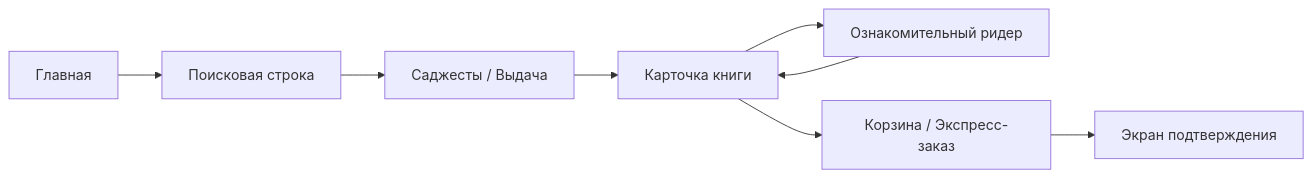
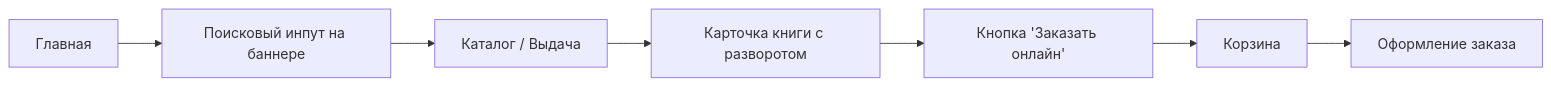
One commit to fpmi-hci-2026/Litera changed the second of 5 diagrams in docs/lab2.md. Above: the diagram before and after it, drawn with Mermaid. The commit also changed other lines of this file, not shown here.

````diff
--- a/docs/lab2.md
+++ b/docs/lab2.md
@@ -163,10 +161,9 @@
 ```mermaid
 graph LR
-    Main[Главная] --> Search[Поисковая строка]
-    Search --> Autocomplete[Саджесты / Выдача]
-    Autocomplete --> BookPage[Карточка книги]
-    BookPage --> Reader[Ознакомительный ридер]
-    Reader --> BookPage
-    BookPage --> QuickBuy[Корзина / Экспресс-заказ]
-    QuickBuy --> OrderStatus[Экран подтверждения]
+    Main[Главная] --> Search[Поисковый инпут на баннере]
+    Search --> Catalog[Каталог / Выдача]
+    Catalog --> BookPage[Карточка книги с разворотом]
+    BookPage --> QuickBuy[Кнопка 'Заказать онлайн']
+    QuickBuy --> CartView[Корзина]
+    CartView --> OrderStatus[Оформление заказа]
 ```
````
